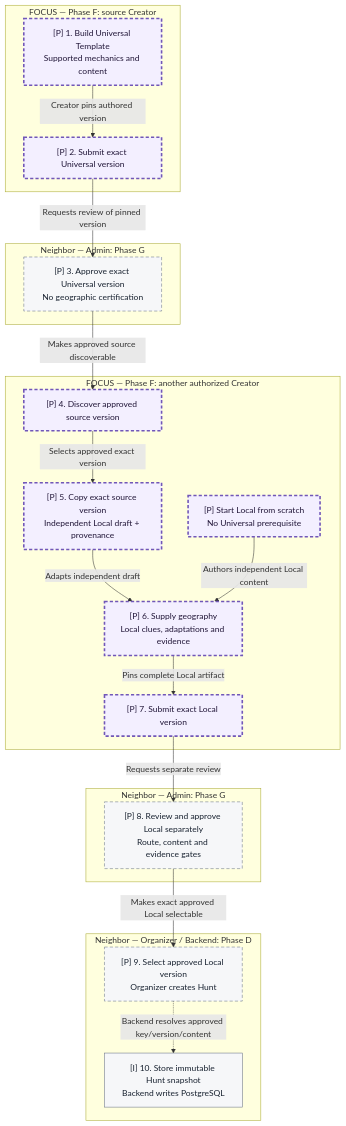
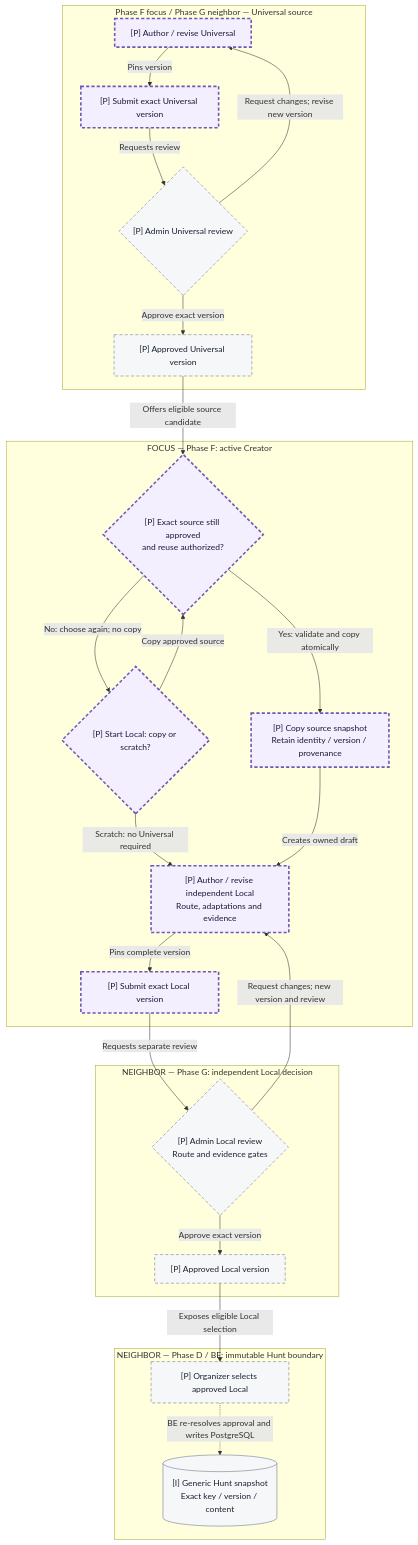
The third of 3 diagrams in docs/TedixHunt_Prototype_Architecture_Implementation_Plan.md (tedixdev-arch/Tedix_Hunt_FE), drawn with Mermaid before and after one commit. The commit also changed other lines of this file, not shown here.

Commit message:
docs: refine v3.5 architecture diagrams and conventions

````diff
--- a/docs/TedixHunt_Prototype_Architecture_Implementation_Plan.md
+++ b/docs/TedixHunt_Prototype_Architecture_Implementation_Plan.md
@@ -1107,40 +1095,46 @@
 ```mermaid
 flowchart TB
-  subgraph universalFlow["FOCUS — Phase F: source Creator"]
-    u1["[P] 1. Build Universal Template<br/>Supported mechanics and content"]
-    u2["[P] 2. Submit exact Universal version"]
-    u1 -->|"Creator pins authored version"| u2
+  subgraph source["Phase F focus / Phase G neighbor — Universal source"]
+    universal["[P] Author / revise Universal"]
+    submitU["[P] Submit exact Universal version"]
+    reviewU{"[P] Admin Universal review"}
+    approvedU["[P] Approved Universal version"]
+    universal -->|"Pins version"| submitU
+    submitU -->|"Requests review"| reviewU
+    reviewU -->|"Request changes; revise new version"| universal
+    reviewU -->|"Approve exact version"| approvedU
   end
-  subgraph universalReview["Neighbor — Admin: Phase G"]
-    u3["[P] 3. Approve exact Universal version<br/>No geographic certification"]
+  subgraph creation["FOCUS — Phase F: active Creator"]
+    choice{"[P] Start Local: copy or scratch?"}
+    eligible{"[P] Exact source still approved<br/>and reuse authorized?"}
+    copy["[P] Copy source snapshot<br/>Retain identity / version / provenance"]
+    local["[P] Author / revise independent Local<br/>Route, adaptations and evidence"]
+    submitL["[P] Submit exact Local version"]
+    choice -->|"Copy approved source"| eligible
+    eligible -->|"Yes: validate and copy atomically"| copy
+    eligible -->|"No: choose again; no copy"| choice
+    choice -->|"Scratch: no Universal required"| local
+    copy -->|"Creates owned draft"| local
+    local -->|"Pins complete version"| submitL
   end
-  subgraph localFlow["FOCUS — Phase F: another authorized Creator"]
-    u4["[P] 4. Discover approved source version"]
-    u5["[P] 5. Copy exact source version<br/>Independent Local draft + provenance"]
-    independent["[P] Start Local from scratch<br/>No Universal prerequisite"]
-    u6["[P] 6. Supply geography<br/>Local clues, adaptations and evidence"]
-    u7["[P] 7. Submit exact Local version"]
-    u4 -->|"Selects approved exact version"| u5
-    u5 -->|"Adapts independent draft"| u6
-    independent -->|"Authors independent Local content"| u6
-    u6 -->|"Pins complete Local artifact"| u7
+  subgraph approval["NEIGHBOR — Phase G: independent Local decision"]
+    reviewL{"[P] Admin Local review<br/>Route and evidence gates"}
+    approvedL["[P] Approved Local version"]
+    reviewL -->|"Approve exact version"| approvedL
   end
-  subgraph localReview["Neighbor — Admin: Phase G"]
-    u8["[P] 8. Review and approve Local separately<br/>Route, content and evidence gates"]
+  subgraph boundary["NEIGHBOR — Phase D / BE: immutable Hunt boundary"]
+    select["[P] Organizer selects approved Local"]
+    snapshot[("[I] Generic Hunt snapshot<br/>Exact key / version / content")]
+    select -.->|"BE re-resolves approval and writes PostgreSQL"| snapshot
   end
-  subgraph instantiate["Neighbor — Organizer / Backend: Phase D"]
-    u9["[P] 9. Select approved Local version<br/>Organizer creates Hunt"]
-    u10["[I] 10. Store immutable Hunt snapshot<br/>Backend writes PostgreSQL"]
-    u9 -.->|"Backend resolves approved key/version/content"| u10
-  end
-  u2 -->|"Requests review of pinned version"| u3
-  u3 -->|"Makes approved source discoverable"| u4
-  u7 -->|"Requests separate review"| u8
-  u8 -->|"Makes exact approved Local selectable"| u9
+  approvedU -->|"Offers eligible source candidate"| eligible
+  submitL -->|"Requests separate review"| reviewL
+  reviewL -->|"Request changes; new version and review"| local
+  approvedL -->|"Exposes eligible Local selection"| select
   classDef focus fill:#F3EFFF,stroke:#7157B8,stroke-width:3px,color:#211638;
   classDef neighbor fill:#F6F7F9,stroke:#667085,stroke-width:1px,color:#182230;
   classDef planned stroke-dasharray:6 4;
-  class u1,u2,u4,u5,independent,u6,u7 focus;
-  class u3,u8,u9,u10 neighbor;
-  class u1,u2,u3,u4,u5,independent,u6,u7,u8,u9 planned;
+  class universal,submitU,choice,eligible,copy,local,submitL focus;
+  class reviewU,approvedU,reviewL,approvedL,select,snapshot neighbor;
+  class universal,submitU,reviewU,approvedU,choice,eligible,copy,local,submitL,reviewL,approvedL,select planned;
 ```
````
